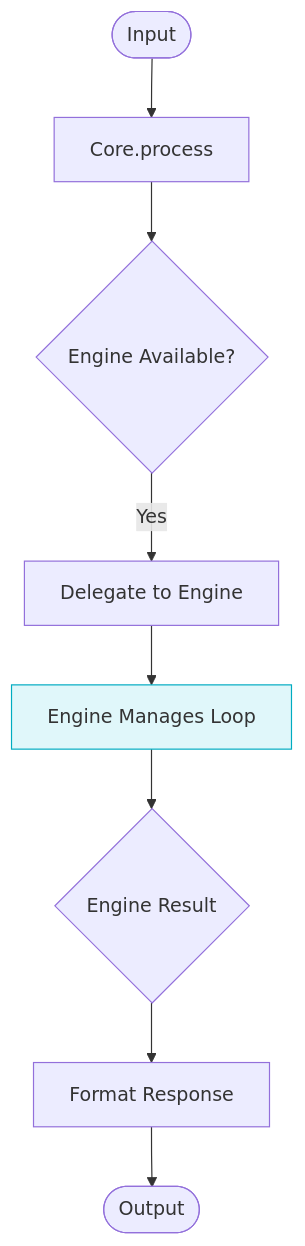
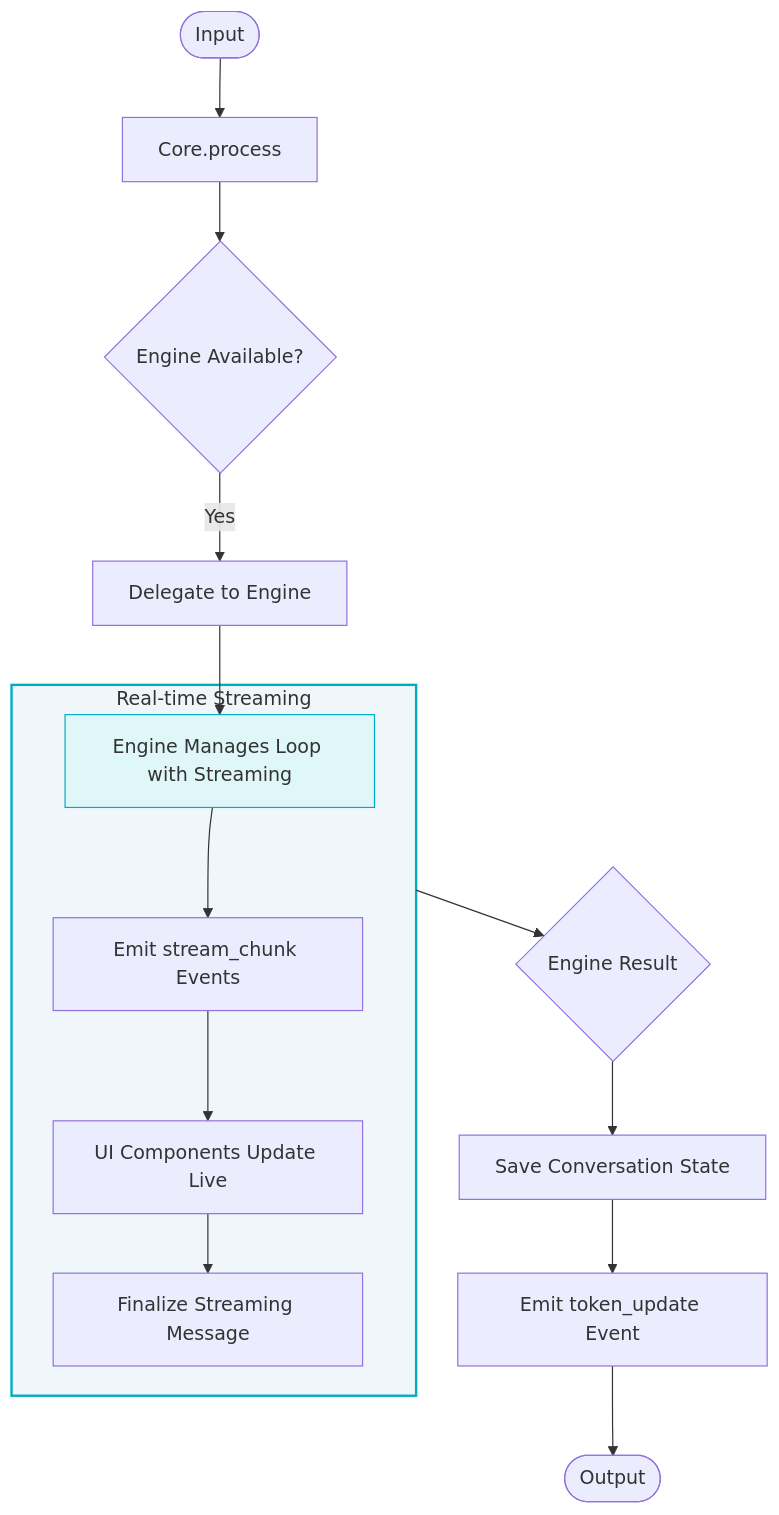
Before and after one commit to Maximooch/penguin: the second of 3 diagrams in docs/docs/api_reference/core.md, drawn with Mermaid. The commit also changed other lines of this file and 6 other files, not shown here.

````diff
--- a/docs/docs/api_reference/core.md
+++ b/docs/docs/api_reference/core.md
@@ -85,12 +120,21 @@
 ```mermaid
 flowchart TD
     Start([Input])-->CoreProcess[Core.process]
     CoreProcess-->CheckEngine{Engine Available?}
     CheckEngine--Yes-->DelegateToEngine[Delegate to Engine]
-    DelegateToEngine-->EngineHandlesLoop[Engine Manages Loop]
-    EngineHandlesLoop-->EngineResult{Engine Result}
-    EngineResult-->FormatResponse[Format Response]
-    FormatResponse-->End([Output])
+    DelegateToEngine-->EngineHandlesLoop[Engine Manages Loop with Streaming]
+
+    subgraph Streaming[Real-time Streaming]
+        EngineHandlesLoop-->EmitStreamEvents[Emit stream_chunk Events]
+        EmitStreamEvents-->UIUpdates[UI Components Update Live]
+        UIUpdates-->FinalizeStreaming[Finalize Streaming Message]
+    end
+
+    Streaming-->EngineResult{Engine Result}
+    EngineResult-->SaveState[Save Conversation State]
+    SaveState-->EmitTokenEvent[Emit token_update Event]
+    EmitTokenEvent-->End([Output])
 
     style EngineHandlesLoop fill:#e0f7fa,stroke:#00acc1
+    style Streaming fill:#f0f7fa,stroke:#00acc1,stroke-width:2px
 ```
````
